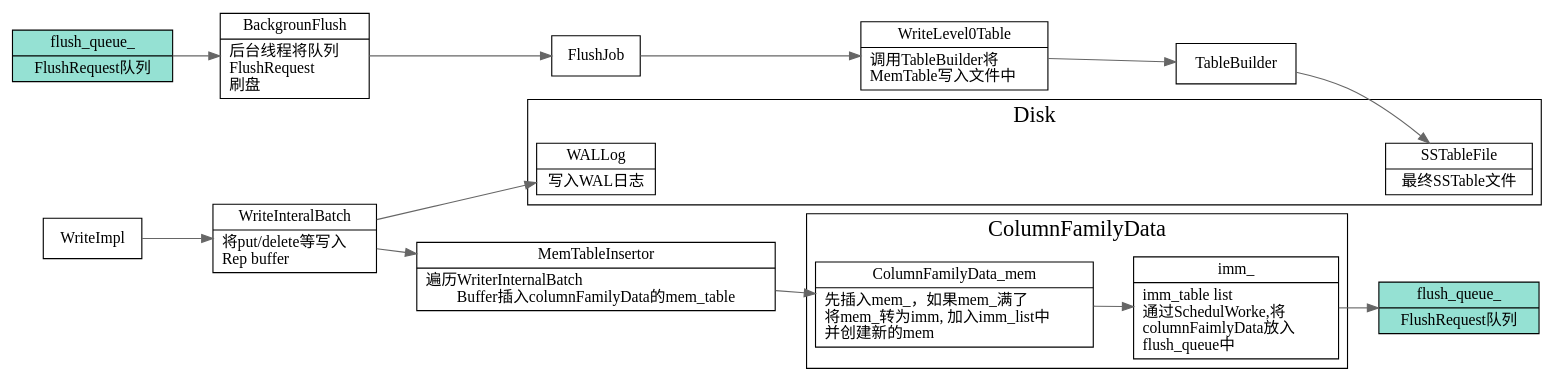
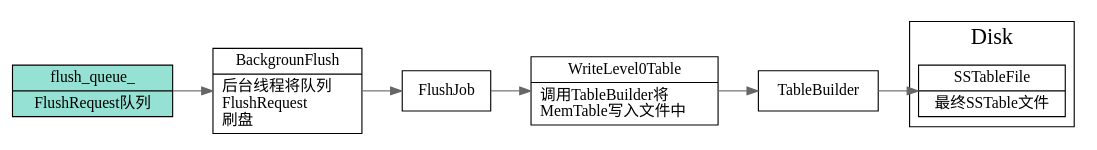
Before and after one commit to xieyu/blog: the diagram in src/rocksdb/flush-data-flow-overview.dot, drawn with Graphviz. The commit also changed 10 other files, not shown here.

Commit message:
add flush queue put flow

```diff
--- a/src/rocksdb/flush-data-flow-overview.dot
+++ b/src/rocksdb/flush-data-flow-overview.dot
@@ -1,94 +1,40 @@
 digraph flush_data_flow_overview {
   node[shape=box];
   edge[color=gray40];
   newrank=true;
   rankdir=LR;
-  WriteInteralBatch[shape="record";
-    label="{{
-      WriteInteralBatch|
-      将put/delete等写入\l 
-      Rep buffer\l
-    }}";
-  ];
-  MemTableInsertor[shape="record";
-    label="{{
-      MemTableInsertor|
-      遍历WriterInternalBatch\l
-      Buffer插入columnFamilyData的mem_table
-    }}";
-  ];
-
-  subgraph cluster_ColumnFamilyData {
-    graph[label="ColumnFamilyData";fontsize=20;];
-    ColumnFamilyData_mem -> ColumnFamilyData_imm_list;
-    ColumnFamilyData_mem[shape="record";
-      label="{{
-        ColumnFamilyData_mem|
-        先插入mem_，如果mem_满了\l
-        将mem_转为imm, 加入imm_list中\l
-        并创建新的mem\l
-      }}";
-    ];
-    ColumnFamilyData_imm_list[shape="record";
-      label="{{
-        imm_|
-        imm_table list\l
-        通过SchedulWorke,将\l 
-        columnFaimlyData放入\l 
-        flush_queue中\l
-      }}";
-    ];
-  }
   BackgrounFlush[shape="record";
     label="{{
       BackgrounFlush|
       后台线程将队列\l 
       FlushRequest\l
       刷盘\l
     }}";
   ];
   WriteLevel0Table[shape="record";
     label="{{
       WriteLevel0Table|
       调用TableBuilder将\l 
       MemTable写入文件中\l
-    }}";
-  ];
-  WALLog[shape="record";
-    label="{{
-      WALLog|
-      写入WAL日志
     }}";
   ];
   SSTableFile[shape="record";
     label="{{
       SSTableFile|
       最终SSTable文件
     }}";
   ];
   flush_queue_[shape="record";
     fillcolor="#95e1d3"
     style=filled;
     label="{{
       flush_queue_|
       FlushRequest队列
     }}";
   ];
-  flush_queue_2[shape="record";
-    fillcolor="#95e1d3"
-    style=filled;
-    label="{{
-      flush_queue_|
-      FlushRequest队列
-    }}";
-  ];
   subgraph cluster_Disk {
     graph[label="Disk";fontsize=20;];
-    WALLog;
     SSTableFile;
   }
-  WriteImpl -> WriteInteralBatch -> MemTableInsertor -> ColumnFamilyData_mem;
-  ColumnFamilyData_imm_list  -> flush_queue_
-  flush_queue_2 -> BackgrounFlush -> FlushJob -> WriteLevel0Table -> TableBuilder -> SSTableFile;
-  WriteInteralBatch -> WALLog
+  flush_queue_ -> BackgrounFlush -> FlushJob -> WriteLevel0Table -> TableBuilder -> SSTableFile;
 }
```
